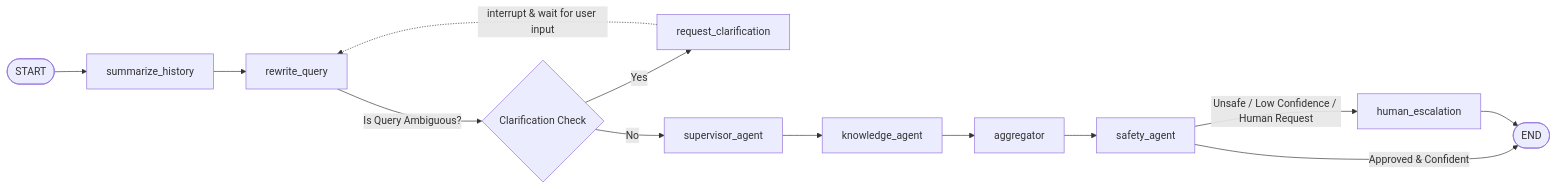
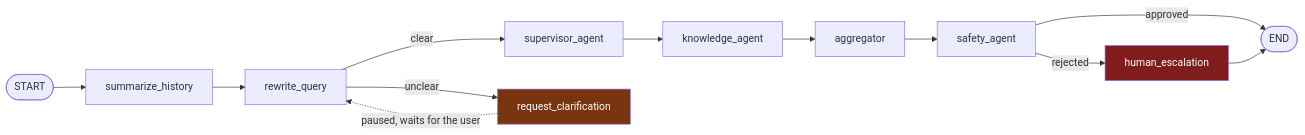
Diagram 16 of 38 in ARCHITECTURE_ANALYSIS.md (SurgeEnterpriseAI/Surge-FAQ-Chatbot), drawn with Mermaid before and after one commit. The commit also changed other lines of this file and 41 other files, not shown here.

````diff
--- a/ARCHITECTURE_ANALYSIS.md
+++ b/ARCHITECTURE_ANALYSIS.md
@@ -62,15 +728,17 @@
 ```mermaid
 flowchart LR
-    Start([START]) --> History[summarize_history]
-    History --> Rewrite[rewrite_query]
-    Rewrite -->|Is Query Ambiguous?| ClarifyCheck{Clarification Check}
-    ClarifyCheck -- Yes --> Clarify[request_clarification]
-    Clarify -. interrupt & wait for user input .-> Rewrite
-    ClarifyCheck -- No --> Supervisor[supervisor_agent]
-    Supervisor --> Knowledge[knowledge_agent]
-    Knowledge --> Aggregate[aggregator]
-    Aggregate --> Safety[safety_agent]
-    Safety -->|Approved & Confident| End([END])
-    Safety -->|Unsafe / Low Confidence / Human Request| Escalation[human_escalation]
+    Start([START]) --> History["summarize_history"]
+    History --> Rewrite["rewrite_query"]
+    Rewrite -->|clear| Supervisor["supervisor_agent"]
+    Rewrite -->|unclear| Clarify["request_clarification"]
+    Clarify -. paused, waits for the user .-> Rewrite
+    Supervisor --> Knowledge["knowledge_agent"]
+    Knowledge --> Aggregate["aggregator"]
+    Aggregate --> Safety["safety_agent"]
+    Safety -->|approved| End([END])
+    Safety -->|rejected| Escalation["human_escalation"]
     Escalation --> End
+
+    style Clarify fill:#78350f,color:#fff
+    style Escalation fill:#7f1d1d,color:#fff
 ```
````
